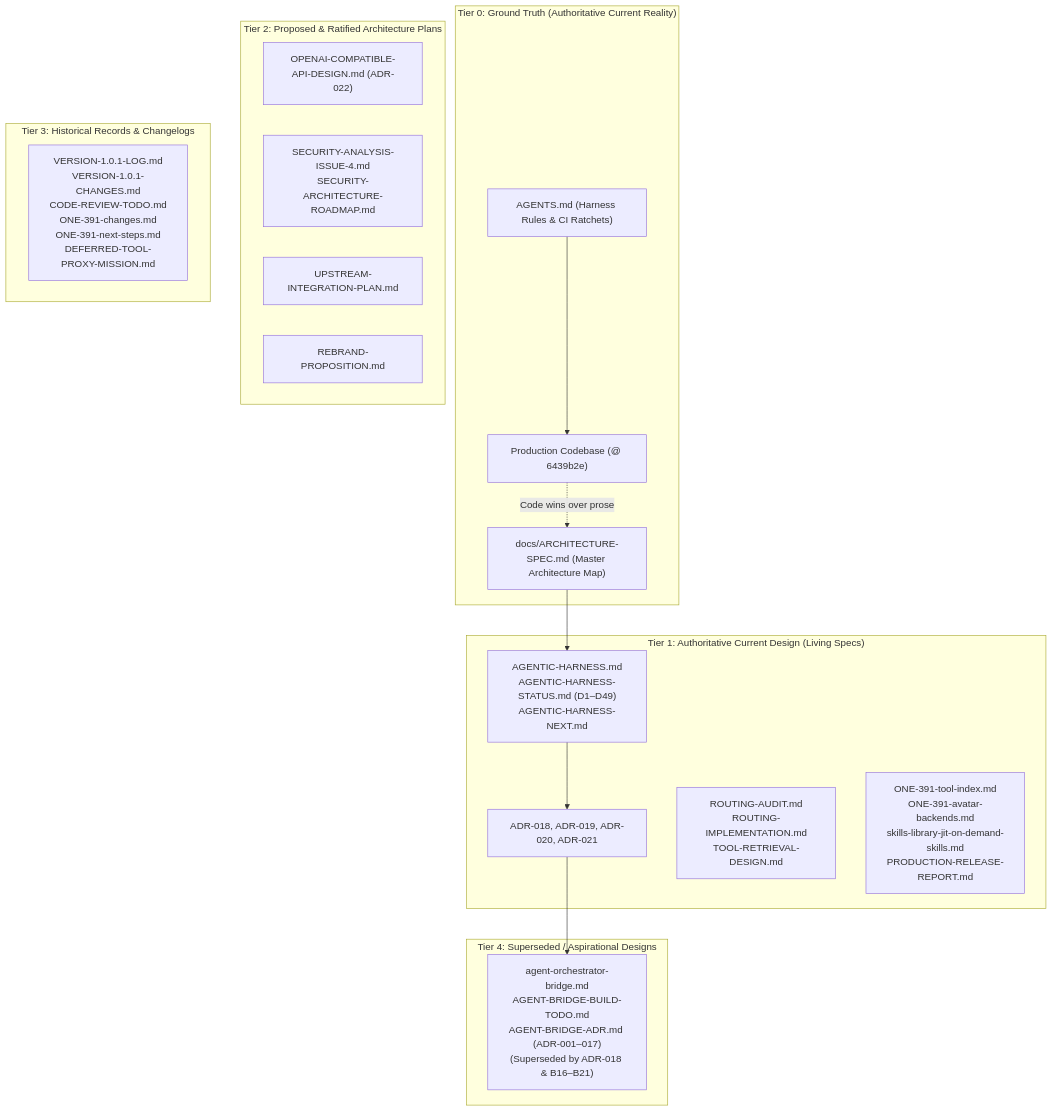
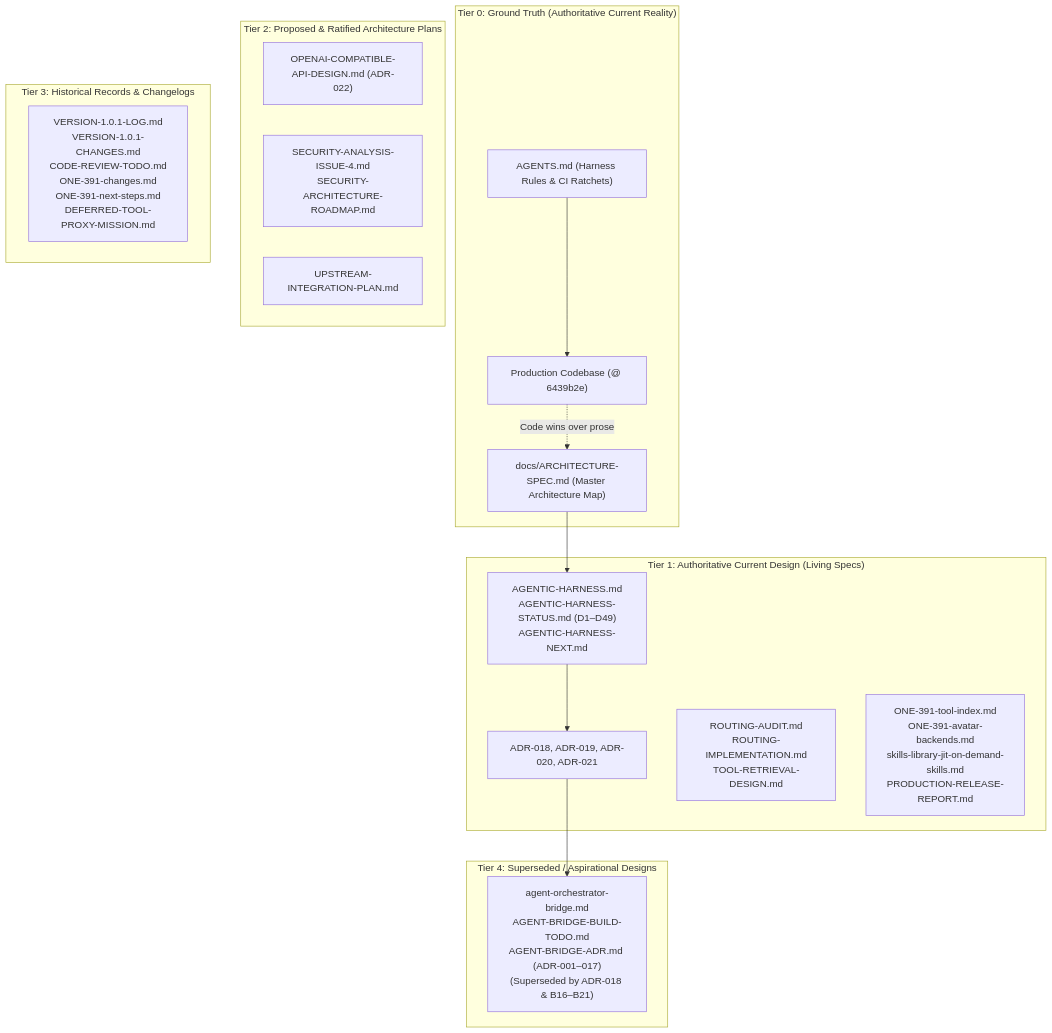
The diagram in docs/scan-reports/WP-12-documentation-and-drift.md (SynapticSmith/Brahma-Ai-Evo), drawn with Mermaid before and after one commit. The commit also changed other lines of this file and 43 other files, not shown here.

````diff
--- a/docs/scan-reports/WP-12-documentation-and-drift.md
+++ b/docs/scan-reports/WP-12-documentation-and-drift.md
@@ -14,36 +15,35 @@
 ```mermaid
 flowchart TD
     subgraph Tier0["Tier 0: Ground Truth (Authoritative Current Reality)"]
         CODE["Production Codebase (@ 6439b2e)"]
         AGENTS_MD["AGENTS.md (Harness Rules & CI Ratchets)"]
         ARCH_SPEC["docs/ARCHITECTURE-SPEC.md (Master Architecture Map)"]
     end
 
     subgraph Tier1["Tier 1: Authoritative Current Design (Living Specs)"]
         HARNESS_DOCS["AGENTIC-HARNESS.md\nAGENTIC-HARNESS-STATUS.md (D1–D49)\nAGENTIC-HARNESS-NEXT.md"]
         ADRS["ADR-018, ADR-019, ADR-020, ADR-021"]
         ROUTING_SPECS["ROUTING-AUDIT.md\nROUTING-IMPLEMENTATION.md\nTOOL-RETRIEVAL-DESIGN.md"]
         FEATURE_SPECS["ONE-391-tool-index.md\nONE-391-avatar-backends.md\nskills-library-jit-on-demand-skills.md\nPRODUCTION-RELEASE-REPORT.md"]
     end
 
     subgraph Tier2["Tier 2: Proposed & Ratified Architecture Plans"]
         API_SPEC["OPENAI-COMPATIBLE-API-DESIGN.md (ADR-022)"]
         SEC_ROADMAP["SECURITY-ANALYSIS-ISSUE-4.md\nSECURITY-ARCHITECTURE-ROADMAP.md"]
         UPSTREAM_PLAN["UPSTREAM-INTEGRATION-PLAN.md"]
-        REBRAND_PROP["REBRAND-PROPOSITION.md"]
     end
 
     subgraph Tier3["Tier 3: Historical Records & Changelogs"]
         CHANGELOGS["VERSION-1.0.1-LOG.md\nVERSION-1.0.1-CHANGES.md\nCODE-REVIEW-TODO.md\nONE-391-changes.md\nONE-391-next-steps.md\nDEFERRED-TOOL-PROXY-MISSION.md"]
     end
 
     subgraph Tier4["Tier 4: Superseded / Aspirational Designs"]
         BRIDGE_ASPIRATIONAL["agent-orchestrator-bridge.md\nAGENT-BRIDGE-BUILD-TODO.md\nAGENT-BRIDGE-ADR.md (ADR-001–017)\n(Superseded by ADR-018 & B16–B21)"]
     end
 
     CODE -.->|"Code wins over prose"| ARCH_SPEC
     AGENTS_MD --> CODE
     ARCH_SPEC --> HARNESS_DOCS
     HARNESS_DOCS --> ADRS
     ADRS --> BRIDGE_ASPIRATIONAL
 ```
````
